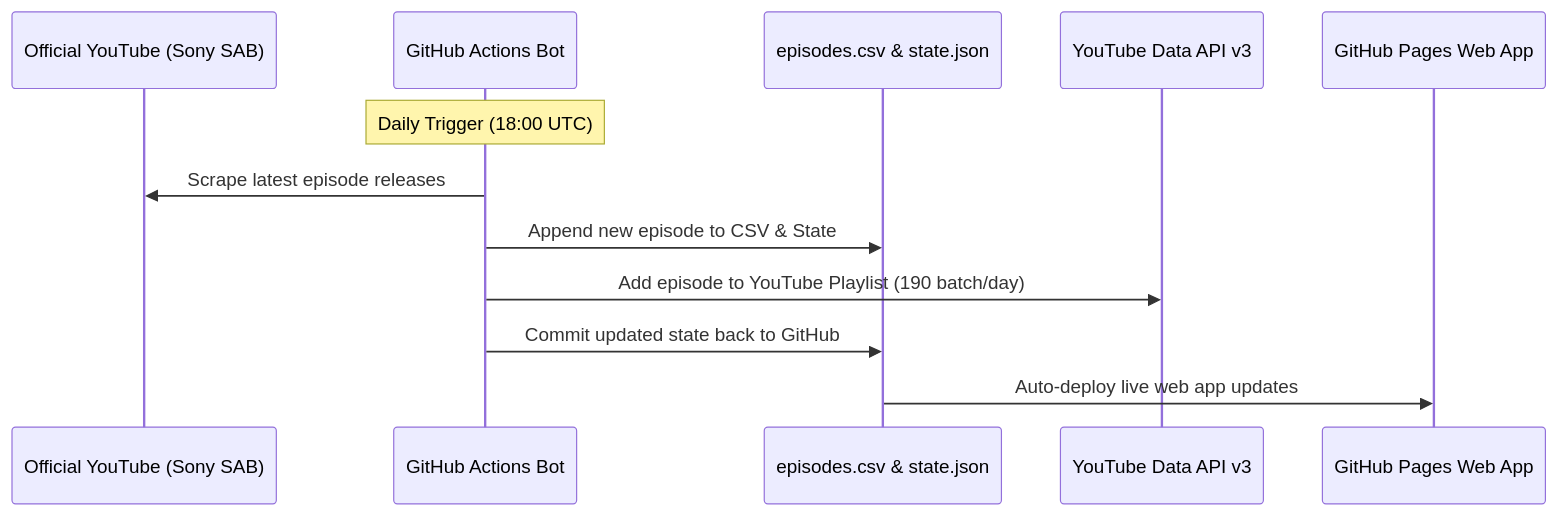
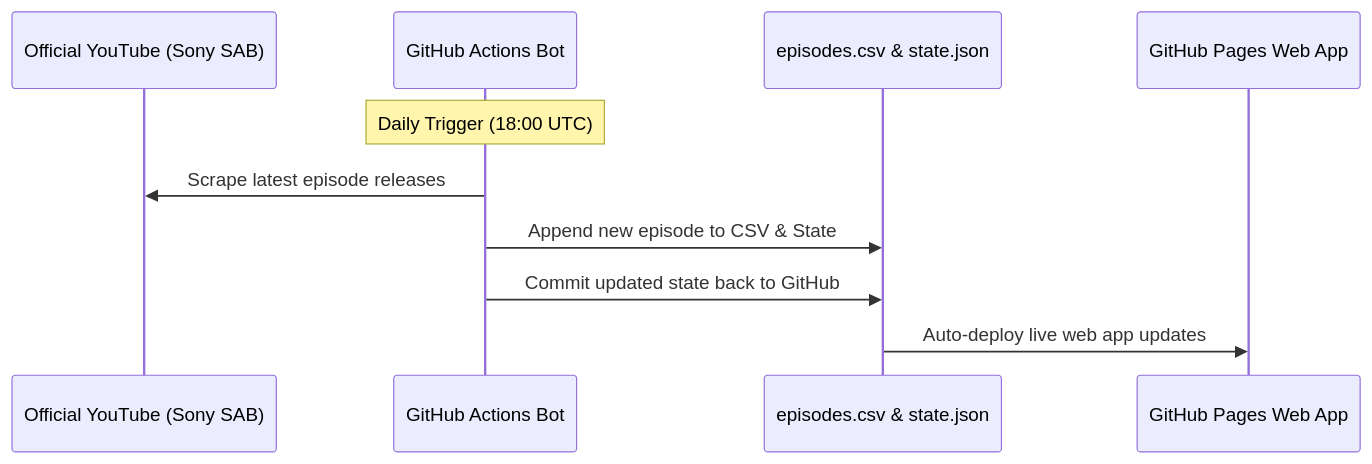
Before and after one commit to CodeMasterAbhishek/Daily-Dose-of-TMKOC: the diagram in README.md, drawn with Mermaid. The commit also changed other lines of this file and 7 other files, not shown here.

````diff
--- a/README.md
+++ b/README.md
@@ -44,15 +43,13 @@
 ```mermaid
 sequenceDiagram
     participant SAB as Official YouTube (Sony SAB)
     participant Action as GitHub Actions Bot
     participant DB as episodes.csv & state.json
-    participant API as YouTube Data API v3
     participant Site as GitHub Pages Web App
 
     Note over Action: Daily Trigger (18:00 UTC)
     Action->>SAB: Scrape latest episode releases
     Action->>DB: Append new episode to CSV & State
-    Action->>API: Add episode to YouTube Playlist (190 batch/day)
     Action->>DB: Commit updated state back to GitHub
     DB->>Site: Auto-deploy live web app updates
 ```
````
